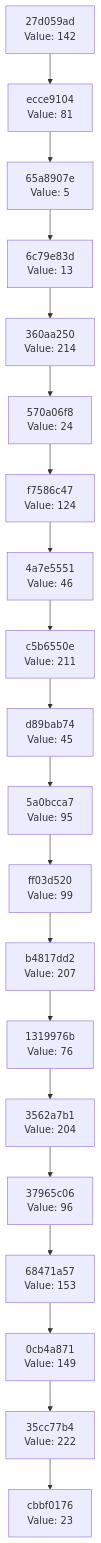
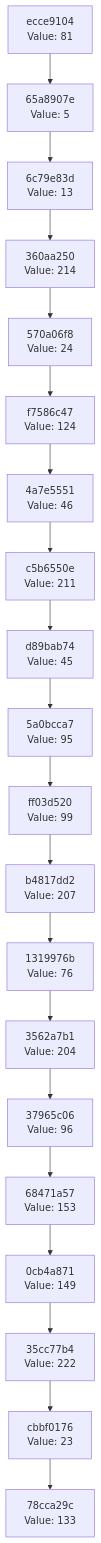
One commit to Abhisheksinha1506/hash-chain-evolver changed the diagram in docs/CHAIN_VISUALIZATION.md. Above: the diagram before and after it, drawn with Mermaid. The commit also changed 3 other files, not shown here.

````diff
--- a/docs/CHAIN_VISUALIZATION.md
+++ b/docs/CHAIN_VISUALIZATION.md
@@ -3,42 +3,42 @@
 ```mermaid
 graph TD
-    C0["cbbf0176<br/>Value: 23"]
-    C1["35cc77b4<br/>Value: 222"]
+    C0["78cca29c<br/>Value: 133"]
+    C1["cbbf0176<br/>Value: 23"]
     C1 --> C0
-    C2["0cb4a871<br/>Value: 149"]
+    C2["35cc77b4<br/>Value: 222"]
     C2 --> C1
-    C3["68471a57<br/>Value: 153"]
+    C3["0cb4a871<br/>Value: 149"]
     C3 --> C2
-    C4["37965c06<br/>Value: 96"]
+    C4["68471a57<br/>Value: 153"]
     C4 --> C3
-    C5["3562a7b1<br/>Value: 204"]
+    C5["37965c06<br/>Value: 96"]
     C5 --> C4
-    C6["1319976b<br/>Value: 76"]
+    C6["3562a7b1<br/>Value: 204"]
     C6 --> C5
-    C7["b4817dd2<br/>Value: 207"]
+    C7["1319976b<br/>Value: 76"]
     C7 --> C6
-    C8["ff03d520<br/>Value: 99"]
+    C8["b4817dd2<br/>Value: 207"]
     C8 --> C7
-    C9["5a0bcca7<br/>Value: 95"]
+    C9["ff03d520<br/>Value: 99"]
     C9 --> C8
-    C10["d89bab74<br/>Value: 45"]
+    C10["5a0bcca7<br/>Value: 95"]
     C10 --> C9
-    C11["c5b6550e<br/>Value: 211"]
+    C11["d89bab74<br/>Value: 45"]
     C11 --> C10
-    C12["4a7e5551<br/>Value: 46"]
+    C12["c5b6550e<br/>Value: 211"]
     C12 --> C11
-    C13["f7586c47<br/>Value: 124"]
+    C13["4a7e5551<br/>Value: 46"]
     C13 --> C12
-    C14["570a06f8<br/>Value: 24"]
+    C14["f7586c47<br/>Value: 124"]
     C14 --> C13
-    C15["360aa250<br/>Value: 214"]
+    C15["570a06f8<br/>Value: 24"]
     C15 --> C14
-    C16["6c79e83d<br/>Value: 13"]
+    C16["360aa250<br/>Value: 214"]
     C16 --> C15
-    C17["65a8907e<br/>Value: 5"]
+    C17["6c79e83d<br/>Value: 13"]
     C17 --> C16
-    C18["ecce9104<br/>Value: 81"]
+    C18["65a8907e<br/>Value: 5"]
     C18 --> C17
-    C19["27d059ad<br/>Value: 142"]
+    C19["ecce9104<br/>Value: 81"]
     C19 --> C18
 ```
````
